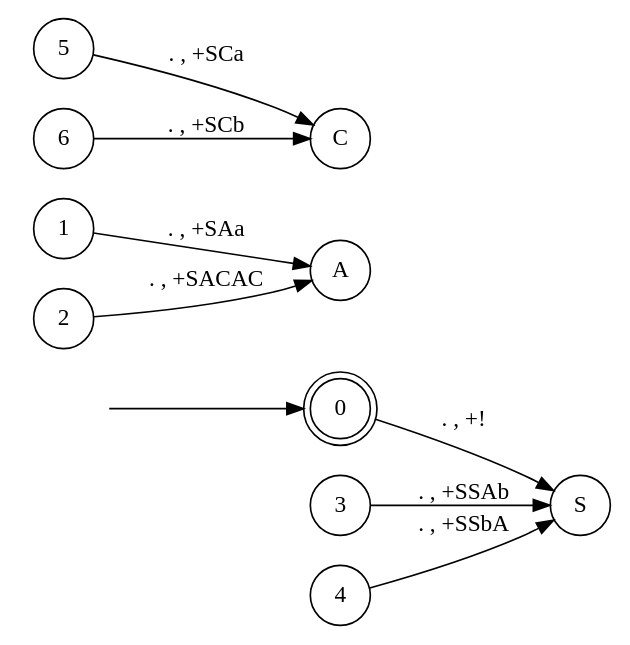
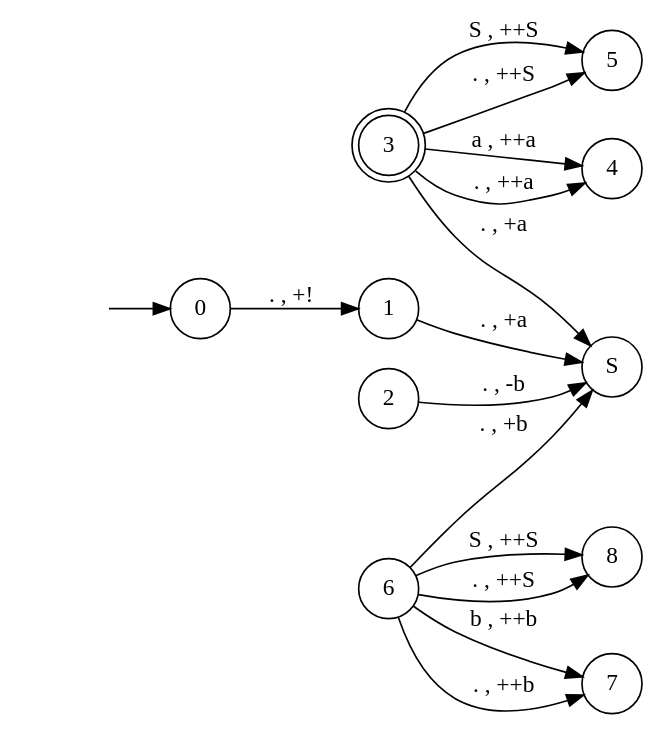
One commit to tsubaric/ToC changed the diagram in test_1.gv. Above: the diagram before and after it, drawn with Graphviz. The commit also changed 6 other files, not shown here.

```diff
--- a/test_1.gv
+++ b/test_1.gv
@@ -1,15 +1,21 @@
 digraph pda {
 rankdir = LR;
 hidden [shape = plaintext, label = ""];
 node [shape = doublecircle];
-0;
+3;
 node [shape = circle];
 hidden -> 0;
-0 -> S [label = ". , +!"];
-1 -> A [label = ". , +SAa"];
-2 -> A [label = ". , +SACAC"];
-3 -> S [label = ". , +SSAb"];
-4 -> S [label = ". , +SSbA"];
-5 -> C [label = ". , +SCa"];
-6 -> C [label = ". , +SCb"];
+0 -> 1 [label = ". , +!"];
+1 -> S [label = ". , +a"];
+2 -> S [label = ". , -b"];
+3 -> S [label = ". , +a"];
+3 -> 4 [label = "a , ++a"];
+3 -> 4 [label = ". , ++a"];
+3 -> 5 [label = "S , ++S"];
+3 -> 5 [label = ". , ++S"];
+6 -> S [label = ". , +b"];
+6 -> 7 [label = "b , ++b"];
+6 -> 7 [label = ". , ++b"];
+6 -> 8 [label = "S , ++S"];
+6 -> 8 [label = ". , ++S"];
 }
```
